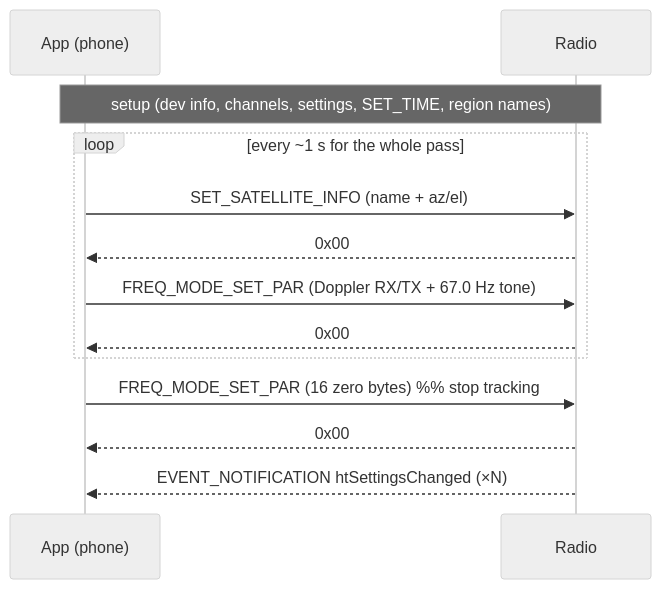
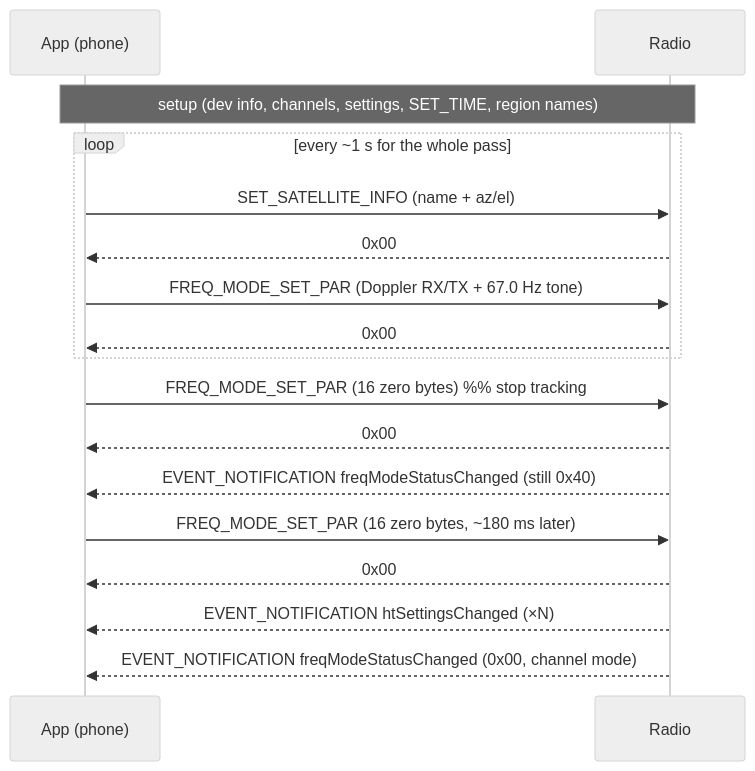
One commit to Ylianst/HTCommander changed the second of 4 diagrams in docs/blogs/radio-command-protocol.md. Above: the diagram before and after it, drawn with Mermaid (neutral theme). The commit also changed other lines of this file and 5 other files, not shown here.

````diff
--- a/docs/blogs/radio-command-protocol.md
+++ b/docs/blogs/radio-command-protocol.md
@@ -818,15 +824,19 @@
 ```mermaid
 sequenceDiagram
     participant A as App (phone)
     participant R as Radio
     Note over A,R: setup (dev info, channels, settings, SET_TIME, region names)
     loop every ~1 s for the whole pass
         A->>R: SET_SATELLITE_INFO (name + az/el)
         R-->>A: 0x00
         A->>R: FREQ_MODE_SET_PAR (Doppler RX/TX + 67.0 Hz tone)
         R-->>A: 0x00
     end
     A->>R: FREQ_MODE_SET_PAR (16 zero bytes)  %% stop tracking
     R-->>A: 0x00
+    R-->>A: EVENT_NOTIFICATION freqModeStatusChanged (still 0x40)
+    A->>R: FREQ_MODE_SET_PAR (16 zero bytes, ~180 ms later)
+    R-->>A: 0x00
     R-->>A: EVENT_NOTIFICATION htSettingsChanged (×N)
+    R-->>A: EVENT_NOTIFICATION freqModeStatusChanged (0x00, channel mode)
 ```
````
